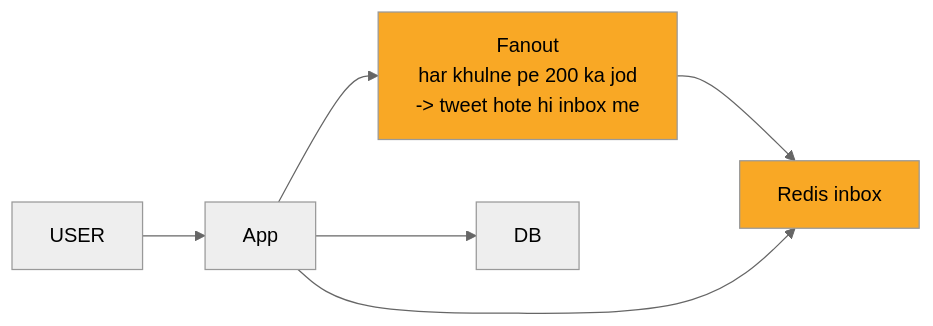
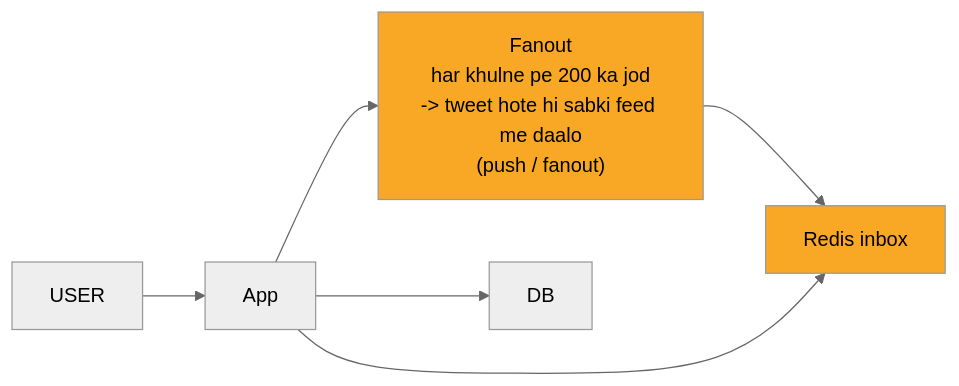
One commit to ArpanMaheshwari144/Prep changed the second of 12 diagrams in 04_HLD/SYSTEM_DESIGNS/03_twitter_feed/03_twitter_feed.md. Above: the diagram before and after it, drawn with Mermaid (neutral theme). The commit also changed other lines of this file and 13 other files, not shown here.

````diff
--- a/04_HLD/SYSTEM_DESIGNS/03_twitter_feed/03_twitter_feed.md
+++ b/04_HLD/SYSTEM_DESIGNS/03_twitter_feed/03_twitter_feed.md
@@ -103,15 +103,15 @@
 ```mermaid
 flowchart LR
     n_USER["USER"]
     n_App["App"]
-    n_Fanout["Fanout<br/>har khulne pe 200 ka jod<br/>-> tweet hote hi inbox me"]
+    n_Fanout["Fanout<br/>har khulne pe 200 ka jod<br/>-> tweet hote hi sabki feed me daalo<br/>(push / fanout)"]
     n_Redis_inbox["Redis inbox"]
     n_DB["DB"]
     n_USER --> n_App
     n_App --> n_Fanout
     n_App --> n_DB
     n_Fanout --> n_Redis_inbox
     n_App --> n_Redis_inbox
     style n_Fanout fill:#f9a825,color:#000
     style n_Redis_inbox fill:#f9a825,color:#000
 ```
````
